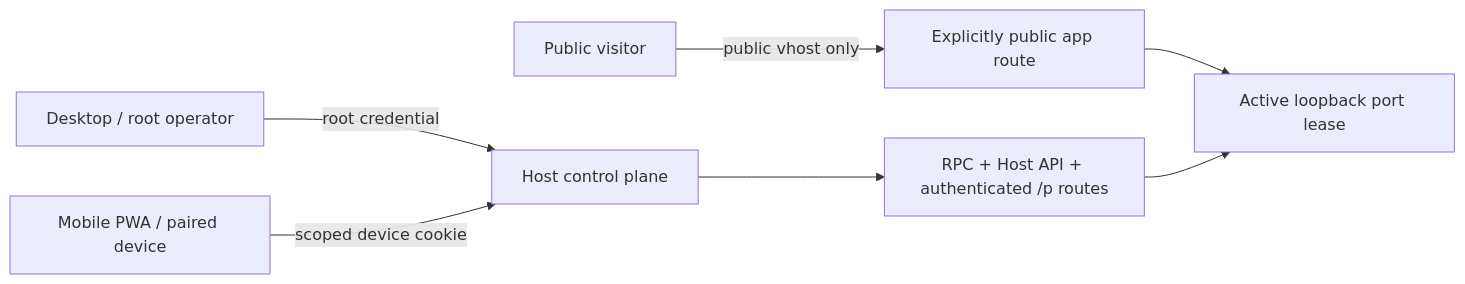
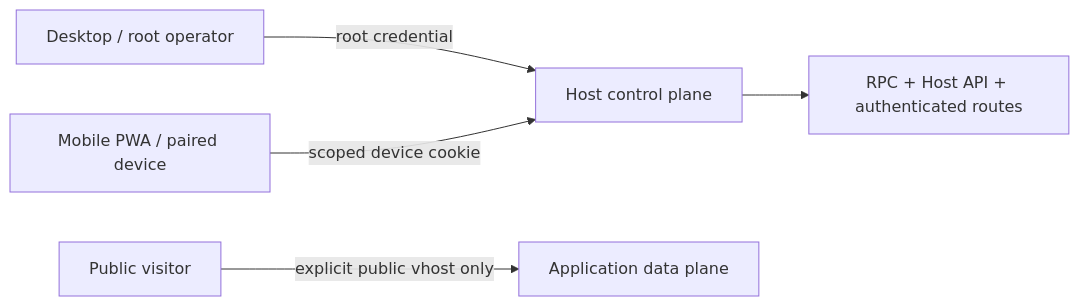
Before and after one commit to Youzini-afk/Plurora: the diagram in docs/architecture/HOST_REMOTE_ACCESS.en.md, drawn with Mermaid. The commit also changed other lines of this file and 261 other files, not shown here.

````diff
--- a/docs/architecture/HOST_REMOTE_ACCESS.en.md
+++ b/docs/architecture/HOST_REMOTE_ACCESS.en.md
@@ -9,9 +9,7 @@
 ```mermaid
 flowchart LR
   D["Desktop / root operator"] -->|"root credential"| C["Host control plane"]
   M["Mobile PWA / paired device"] -->|"scoped device cookie"| C
-  C --> A["RPC + Host API + authenticated /p routes"]
-  V["Public visitor"] -->|"public vhost only"| P["Explicitly public app route"]
-  P --> L["Active loopback port lease"]
-  A --> L
+  C --> A["RPC + Host API + authenticated routes"]
+  V["Public visitor"] -->|"explicit public vhost only"| P["Application data plane"]
 ```
````
